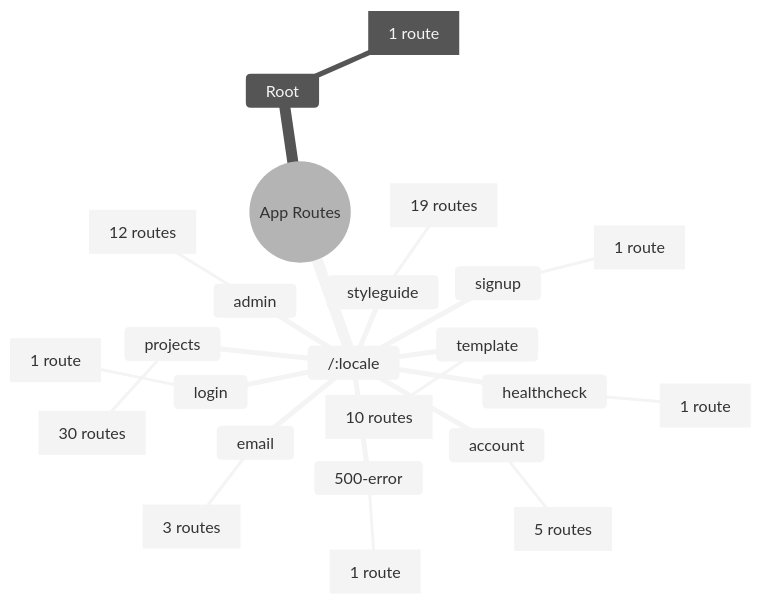
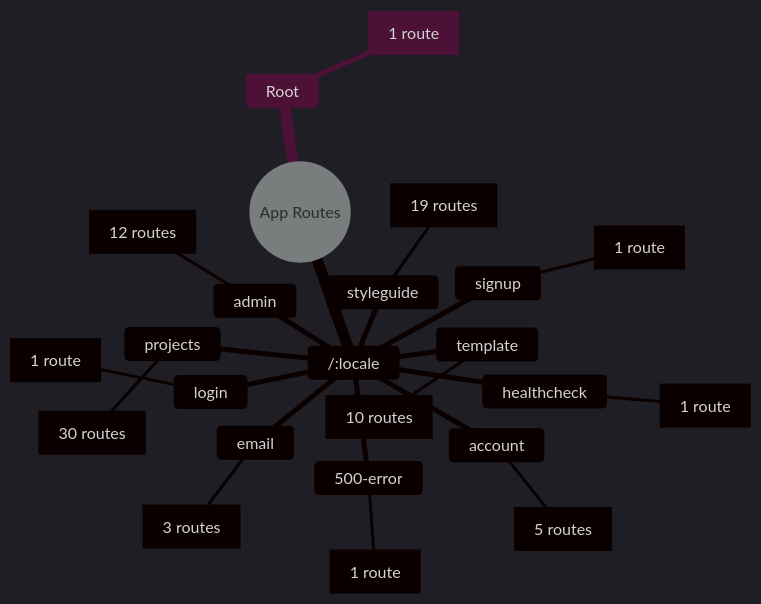
The diagram in docs/sitemap.md (CDLUC3/dmsp_frontend_prototype), drawn with Mermaid before and after one commit. The commit also changed other lines of this file and 1 other file, not shown here.

Commit message:
Changed to dark theme

````diff
--- a/docs/sitemap.md
+++ b/docs/sitemap.md
@@ -9,28 +9,28 @@
 ```mermaid
-%%{init: {'theme':'neutral'}}%%
+%%{init: {'theme':'dark'}}%%
 mindmap
   root((App Routes))
     /:locale
       500-error
         [1 route]
       account
         [5 routes]
       admin
         [12 routes]
       email
         [3 routes]
       healthcheck
         [1 route]
       login
         [1 route]
       projects
         [30 routes]
       signup
         [1 route]
       styleguide
         [19 routes]
       template
         [10 routes]
     Root
       [1 route]
 ```
````
